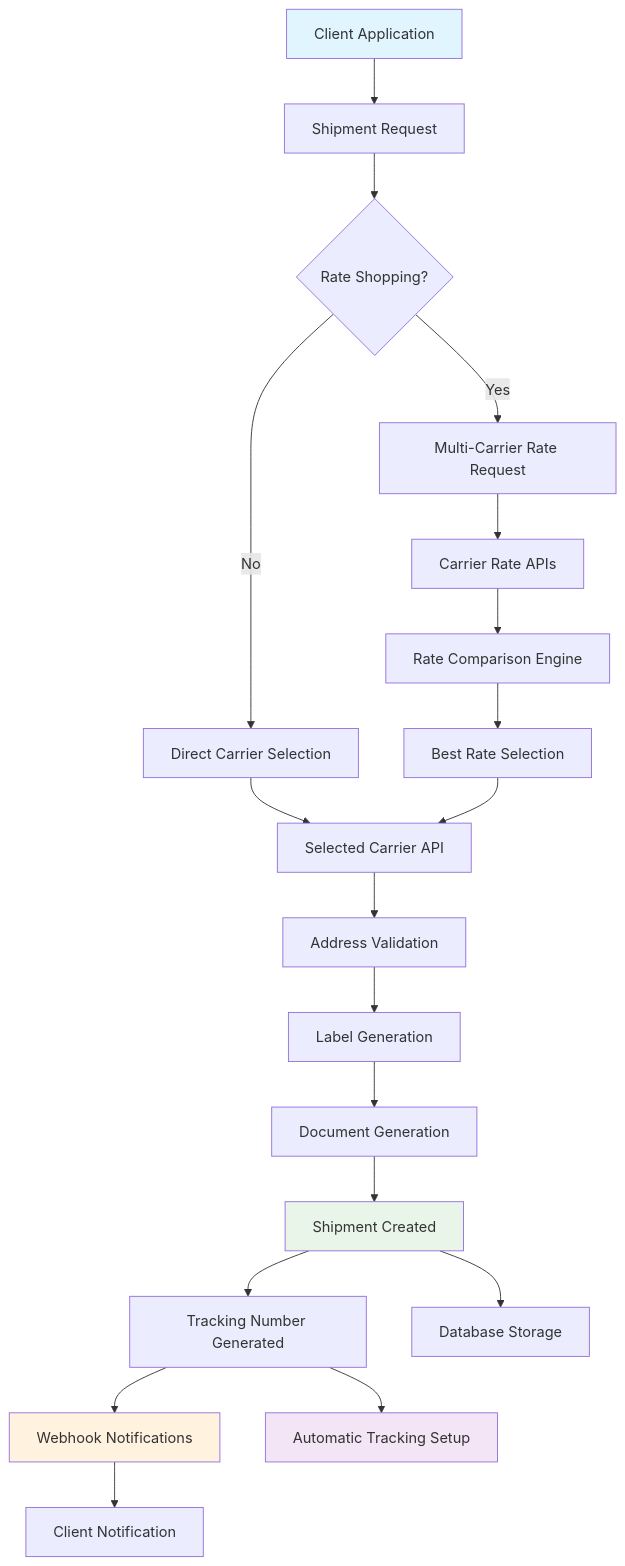
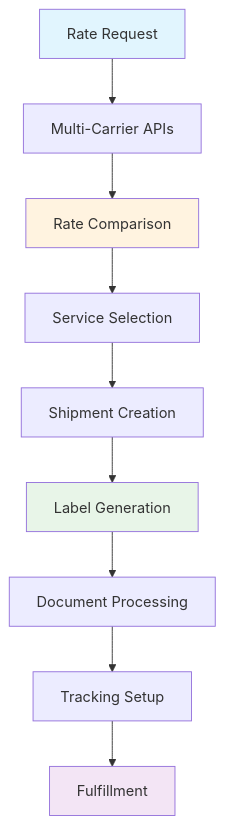
Before and after one commit to karrioapi/karrio: the diagram in apps/web/src/app/docs/products/shipments/page.mdx, drawn with Mermaid. The commit also changed other lines of this file and 6 other files, not shown here.

````diff
--- a/apps/web/src/app/docs/products/shipments/page.mdx
+++ b/apps/web/src/app/docs/products/shipments/page.mdx
@@ -74,32 +160,16 @@
 ```mermaid
 flowchart TD
-    A[Client Application] --> B[Shipment Request]
-    B --> C{Rate Shopping?}
-
-    C -->|Yes| D[Multi-Carrier Rate Request]
-    C -->|No| E[Direct Carrier Selection]
-
-    D --> F[Carrier Rate APIs]
-    F --> G[Rate Comparison Engine]
-    G --> H[Best Rate Selection]
-
-    E --> I[Selected Carrier API]
-    H --> I
-
-    I --> J[Address Validation]
-    J --> K[Label Generation]
-    K --> L[Document Generation]
-
-    L --> M[Shipment Created]
-    M --> N[Tracking Number Generated]
-    N --> O[Webhook Notifications]
-
-    O --> P[Client Notification]
-    M --> Q[Database Storage]
-    N --> R[Automatic Tracking Setup]
+    A[Rate Request] --> B[Multi-Carrier APIs]
+    B --> C[Rate Comparison]
+    C --> D[Service Selection]
+    D --> E[Shipment Creation]
+    E --> F[Label Generation]
+    F --> G[Document Processing]
+    G --> H[Tracking Setup]
+    H --> I[Fulfillment]
 
     style A fill:#e1f5fe
-    style M fill:#e8f5e8
-    style O fill:#fff3e0
-    style R fill:#f3e5f5
+    style C fill:#fff3e0
+    style F fill:#e8f5e8
+    style I fill:#f3e5f5
 ```
````
